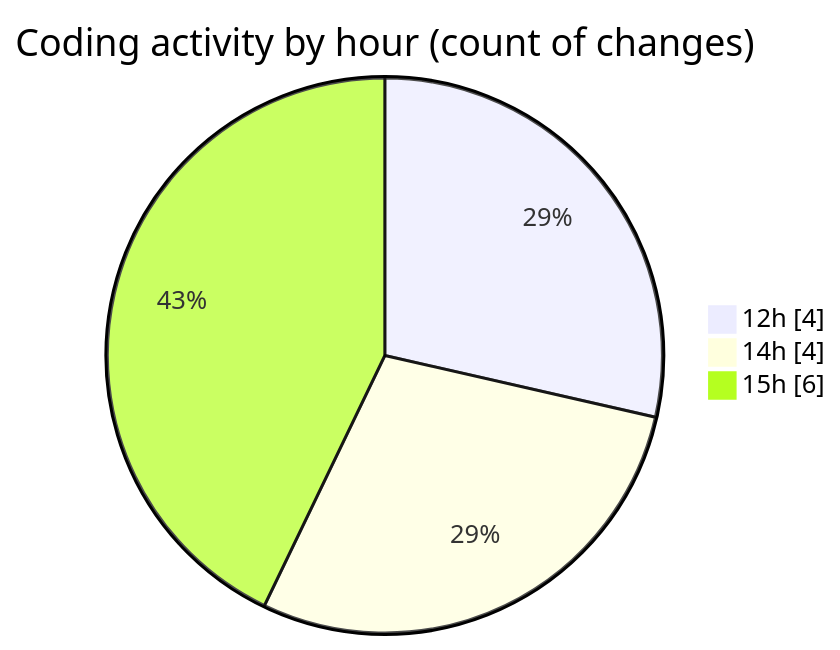
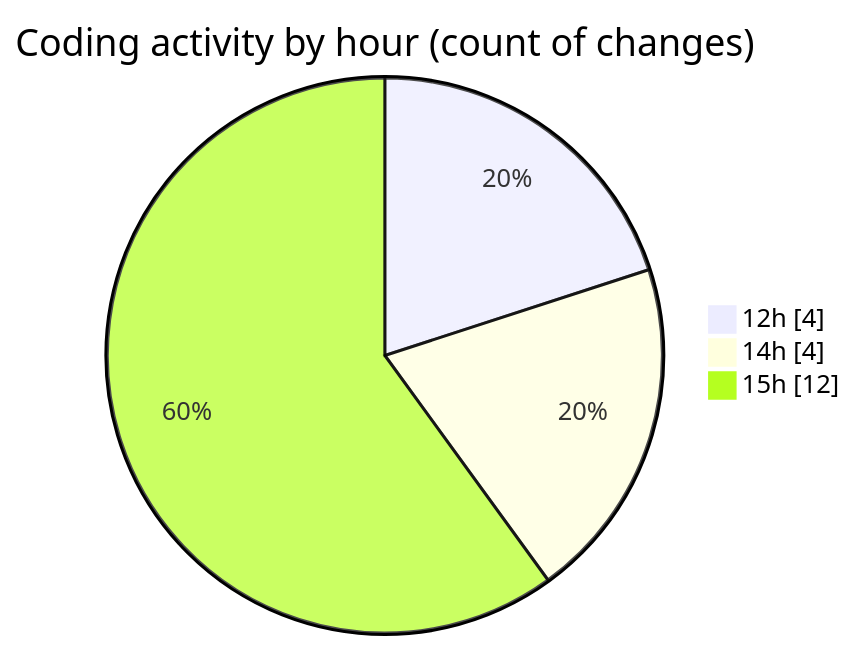
Before and after one commit to nxtqubesakshisongat/code-tracking: the second of 2 diagrams in 2025-05-21/nxtqube_webapp/README.md, drawn with Mermaid. The commit also changed other lines of this file and 1 other file, not shown here.

````diff
--- a/2025-05-21/nxtqube_webapp/README.md
+++ b/2025-05-21/nxtqube_webapp/README.md
@@ -32,7 +32,7 @@
 ```mermaid
 pie showData
 title Coding activity by hour (count of changes)
 "12h" : 4
 "14h" : 4
-"15h" : 6
+"15h" : 12
 ```
````
